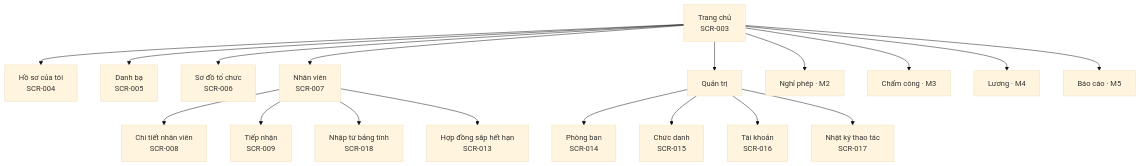
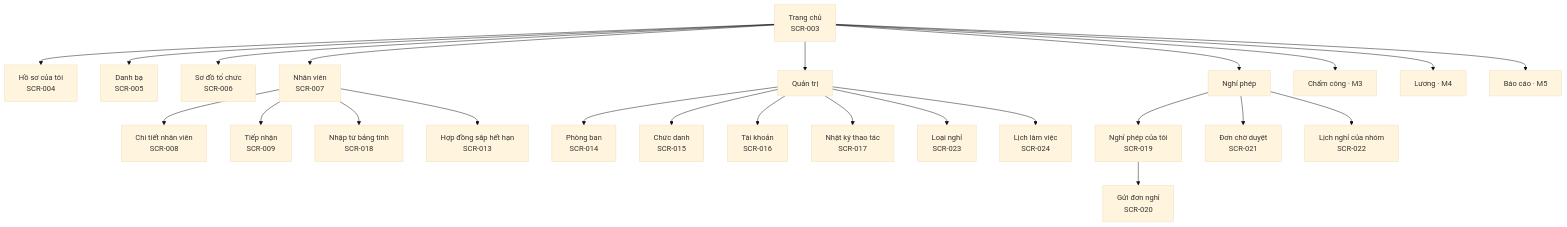
One commit to pbaodev/hr-manager changed the first of 3 diagrams in docs/ui-flow.md. Above: the diagram before and after it, drawn with Mermaid (base theme). The commit also changed other lines of this file and 4 other files, not shown here.

Commit message:
docs(analysis): phân tích M2 nghỉ phép (#18)

````diff
--- a/docs/ui-flow.md
+++ b/docs/ui-flow.md
@@ -17,21 +17,27 @@
 ```mermaid
 flowchart TD
   HOME["Trang chủ<br/>SCR-003"]
   HOME --> ME["Hồ sơ của tôi<br/>SCR-004"]
   HOME --> DIR["Danh bạ<br/>SCR-005"]
   HOME --> ORG["Sơ đồ tổ chức<br/>SCR-006"]
   HOME --> EMP["Nhân viên<br/>SCR-007"]
   EMP --> EMPD["Chi tiết nhân viên<br/>SCR-008"]
   EMP --> ONB["Tiếp nhận<br/>SCR-009"]
   EMP --> IMP["Nhập từ bảng tính<br/>SCR-018"]
   EMP --> EXP["Hợp đồng sắp hết hạn<br/>SCR-013"]
   HOME --> ADM["Quản trị"]
   ADM --> OU["Phòng ban<br/>SCR-014"]
   ADM --> POS["Chức danh<br/>SCR-015"]
   ADM --> ACC["Tài khoản<br/>SCR-016"]
   ADM --> LOG["Nhật ký thao tác<br/>SCR-017"]
-  HOME --> LV["Nghỉ phép · M2"]
+  ADM --> LT["Loại nghỉ<br/>SCR-023"]
+  ADM --> CAL["Lịch làm việc<br/>SCR-024"]
+  HOME --> LV["Nghỉ phép"]
+  LV --> LVME["Nghỉ phép của tôi<br/>SCR-019"]
+  LVME --> LVREQ["Gửi đơn nghỉ<br/>SCR-020"]
+  LV --> LVAPR["Đơn chờ duyệt<br/>SCR-021"]
+  LV --> LVCAL["Lịch nghỉ của nhóm<br/>SCR-022"]
   HOME --> AT["Chấm công · M3"]
   HOME --> PY["Lương · M4"]
   HOME --> RP["Báo cáo · M5"]
 ```
````
